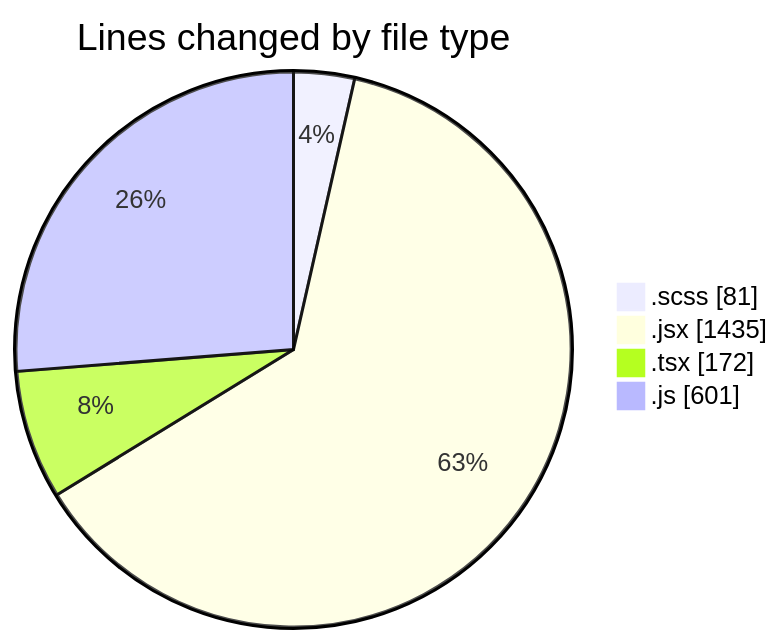
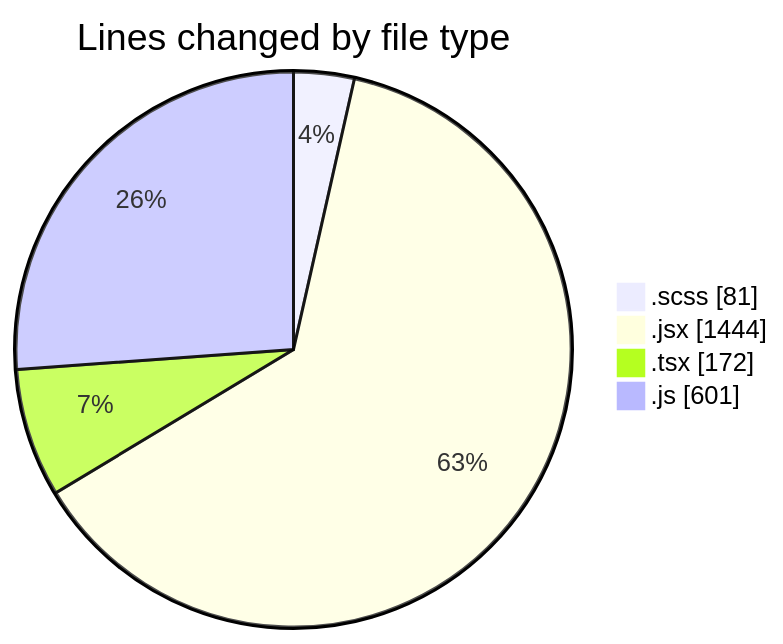
Before and after one commit to momahboobian/code-tracking: the first of 2 diagrams in 2025-06-03/cda/README.md, drawn with Mermaid. The commit also changed other lines of this file and 1 other file, not shown here.

````diff
--- a/2025-06-03/cda/README.md
+++ b/2025-06-03/cda/README.md
@@ -25,8 +25,8 @@
 ```mermaid
 pie showData
 title Lines changed by file type
 ".scss" : 81
-".jsx" : 1435
+".jsx" : 1444
 ".tsx" : 172
 ".js" : 601
 ```
````
